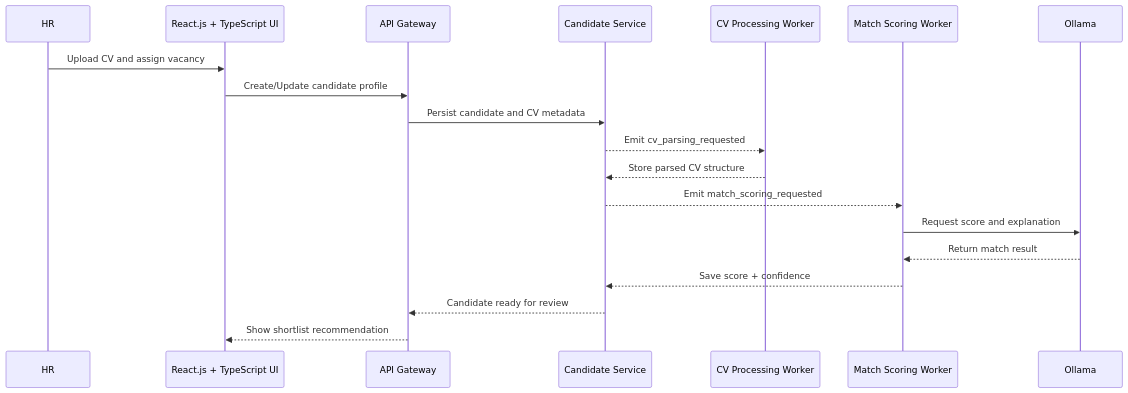
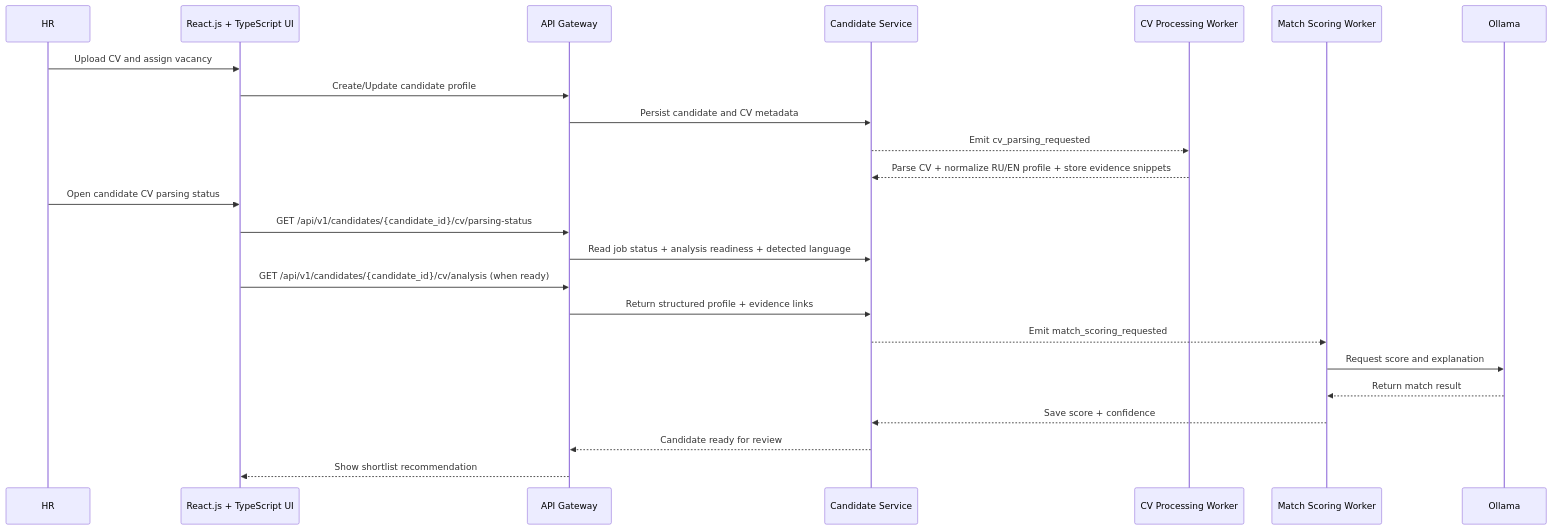
Before and after one commit to RubiFoc/hrm: the fourth of 17 diagrams in docs/architecture/diagrams.md, drawn with Mermaid. The commit also changed other lines of this file and 24 other files, not shown here.

Commit message:
feat(candidates): add RU/EN cv analysis with evidence traceability (#66)

````diff
--- a/docs/architecture/diagrams.md
+++ b/docs/architecture/diagrams.md
@@ -144,22 +144,27 @@
 ```mermaid
 sequenceDiagram
   participant HR as HR
   participant UI as React.js + TypeScript UI
   participant API as API Gateway
   participant CAND as Candidate Service
   participant CV as CV Processing Worker
   participant SCORE as Match Scoring Worker
   participant OLL as Ollama
 
   HR->>UI: Upload CV and assign vacancy
   UI->>API: Create/Update candidate profile
   API->>CAND: Persist candidate and CV metadata
   CAND-->>CV: Emit cv_parsing_requested
-  CV-->>CAND: Store parsed CV structure
+  CV-->>CAND: Parse CV + normalize RU/EN profile + store evidence snippets
+  HR->>UI: Open candidate CV parsing status
+  UI->>API: GET /api/v1/candidates/{candidate_id}/cv/parsing-status
+  API->>CAND: Read job status + analysis readiness + detected language
+  UI->>API: GET /api/v1/candidates/{candidate_id}/cv/analysis (when ready)
+  API->>CAND: Return structured profile + evidence links
   CAND-->>SCORE: Emit match_scoring_requested
   SCORE->>OLL: Request score and explanation
   OLL-->>SCORE: Return match result
   SCORE-->>CAND: Save score + confidence
   CAND-->>API: Candidate ready for review
   API-->>UI: Show shortlist recommendation
 ```
````
